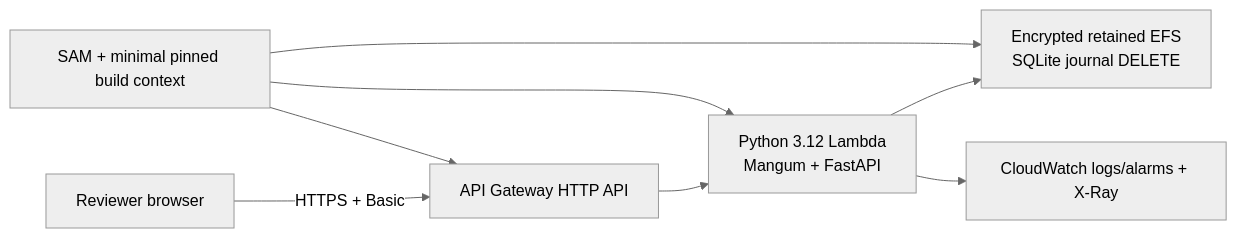
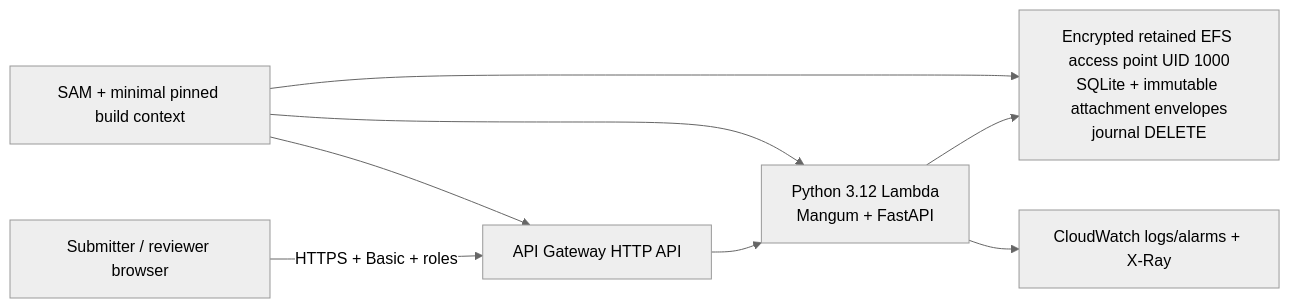
The seventh of 8 diagrams in docs/architecture.md (Dev-Luigy/automation_luigygabriel), drawn with Mermaid (neutral theme) before and after one commit. The commit also changed other lines of this file and 10 other files, not shown here.

Commit message:
docs: align architecture and traceability model

````diff
--- a/docs/architecture.md
+++ b/docs/architecture.md
@@ -217,10 +322,10 @@
 ```mermaid
 flowchart LR
-    Browser["Reviewer browser"] -->|"HTTPS + Basic"| Gateway["API Gateway HTTP API"]
+    Browser["Submitter / reviewer browser"] -->|"HTTPS + Basic + roles"| Gateway["API Gateway HTTP API"]
     Gateway --> Lambda["Python 3.12 Lambda\nMangum + FastAPI"]
-    Lambda --> EFS["Encrypted retained EFS\nSQLite journal DELETE"]
+    Lambda --> EFS["Encrypted retained EFS access point UID 1000\nSQLite + immutable attachment envelopes\njournal DELETE"]
     Lambda --> Observability["CloudWatch logs/alarms + X-Ray"]
     SAM["SAM + minimal pinned build context"] --> Gateway
     SAM --> Lambda
     SAM --> EFS
 ```
````
